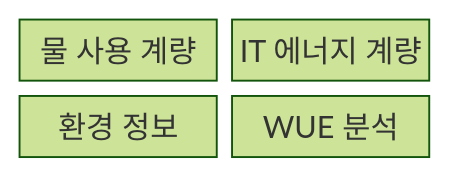
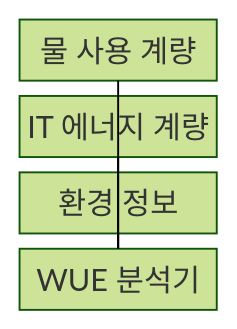
Before and after one commit to agnusdei1207/knowledge-base: the first of 2 diagrams in src/content/docs/notes/02-hardware/059_water_usage_effectiveness.md, drawn with Mermaid (forest theme). The commit also changed other lines of this file and 20 other files, not shown here.

````diff
--- a/src/content/docs/notes/02-hardware/059_water_usage_effectiveness.md
+++ b/src/content/docs/notes/02-hardware/059_water_usage_effectiveness.md
@@ -65,8 +63,11 @@
 ```mermaid
-block-beta
-  columns 2
+block
+  columns 1
   A["물 사용 계량"]
   B["IT 에너지 계량"]
   C["환경 정보"]
-  D["WUE 분석"]
+  D["WUE 분석기"]
+  A --- D
+  B --- D
+  C --- D
 ```
````
